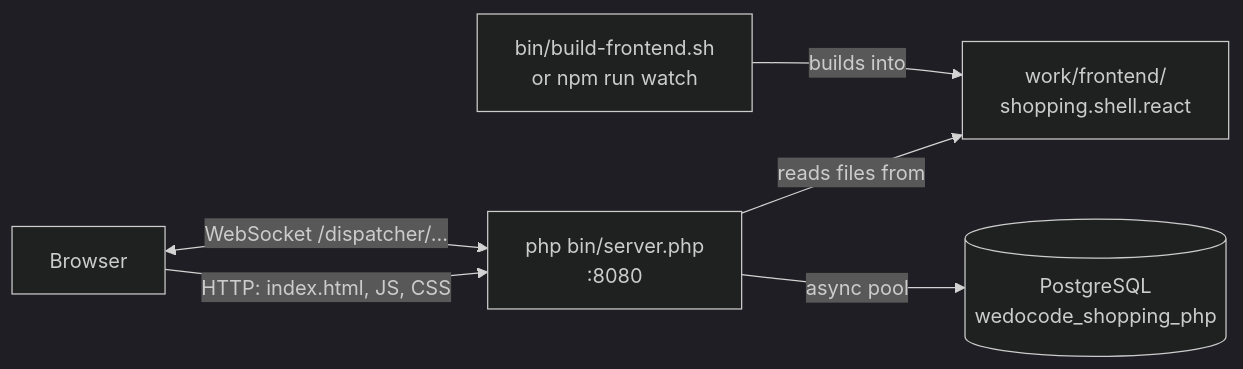
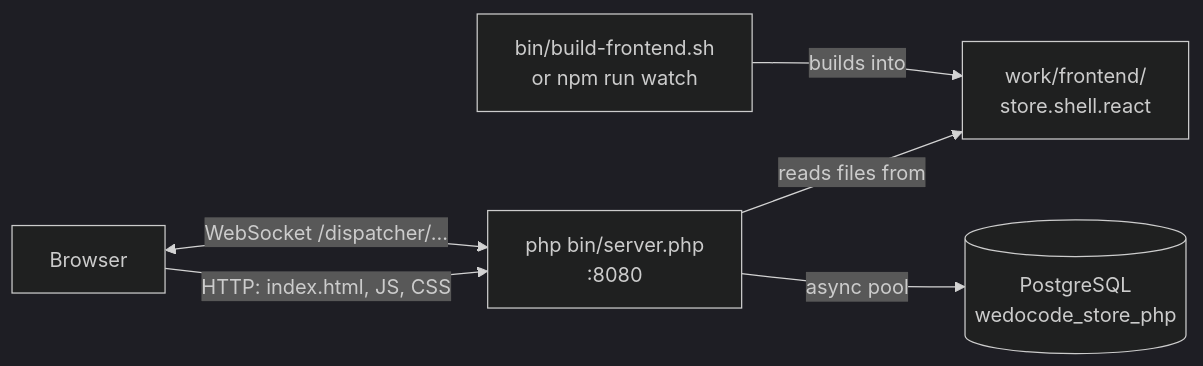
One commit to mrcdom/wdc-cube-php changed the first of 2 diagrams in docs/dev/setup-local.md. Above: the diagram before and after it, drawn with Mermaid (dark theme). The commit also changed other lines of this file and 346 other files, not shown here.

First line of the commit message:
🚚 [RENAME] rename the demo application from Shopping to Store

````diff
--- a/docs/dev/setup-local.md
+++ b/docs/dev/setup-local.md
@@ -14,8 +14,8 @@
 ```mermaid
 flowchart LR
     B["Browser"] -- "HTTP: index.html, JS, CSS" --> S["php bin/server.php<br/>:8080"]
     B <-- "WebSocket /dispatcher/..." --> S
-    S -- "reads files from" --> F["work/frontend/<br/>shopping.shell.react"]
-    S -- "async pool" --> PG[("PostgreSQL<br/>wedocode_shopping_php")]
+    S -- "reads files from" --> F["work/frontend/<br/>store.shell.react"]
+    S -- "async pool" --> PG[("PostgreSQL<br/>wedocode_store_php")]
     N["bin/build-frontend.sh<br/>or npm run watch"] -- "builds into" --> F
 ```
````
